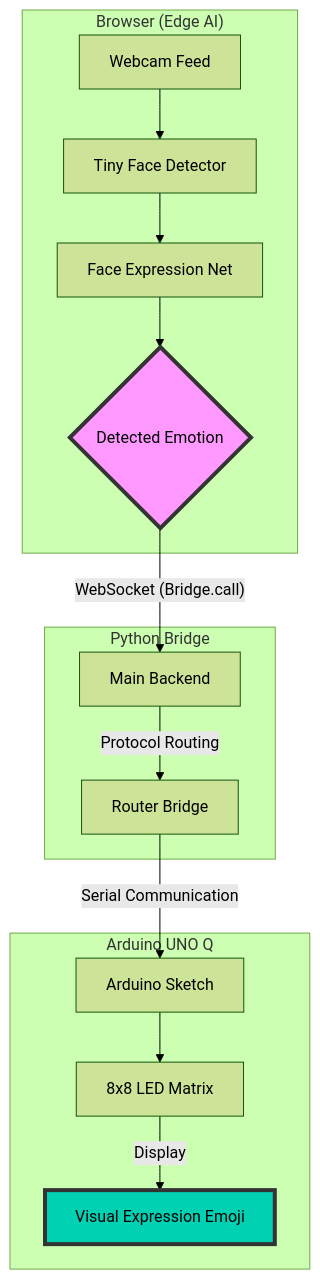
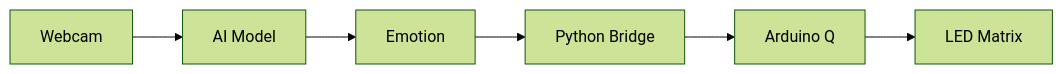
One commit to jsarmientor/emotions-arduino-q changed the diagram in README.md. Above: the diagram before and after it, drawn with Mermaid (forest theme). The commit also changed other lines of this file, not shown here.

Commit message:
Style: Restored horizontal architecture diagram and reduced GIF size

````diff
--- a/README.md
+++ b/README.md
@@ -41,22 +39,8 @@
 ```mermaid
-graph TD
-    subgraph Browser_Environment ["Browser (Edge AI)"]
-        A[Webcam Feed] --> B[Tiny Face Detector]
-        B --> C[Face Expression Net]
-        C --> D{Detected Emotion}
-    end
-
-    subgraph Backend_Bridge ["Python Bridge"]
-        D -- "WebSocket (Bridge.call)" --> E[Main Backend]
-        E -- "Protocol Routing" --> F[Router Bridge]
-    end
-
-    subgraph Hardware_Output ["Arduino UNO Q"]
-        F -- "Serial Communication" --> G[Arduino Sketch]
-        G --> H[8x8 LED Matrix]
-        H -- "Display" --> I[Visual Expression Emoji]
-    end
-
-    style D fill:#f9f,stroke:#333,stroke-width:4px
-    style I fill:#00d1b2,stroke:#333,stroke-width:4px
+graph LR
+    A[Webcam] --> B[AI Model]
+    B --> C[Emotion]
+    C --> D[Python Bridge]
+    D --> E[Arduino Q]
+    E --> F[LED Matrix]
 ```
````
